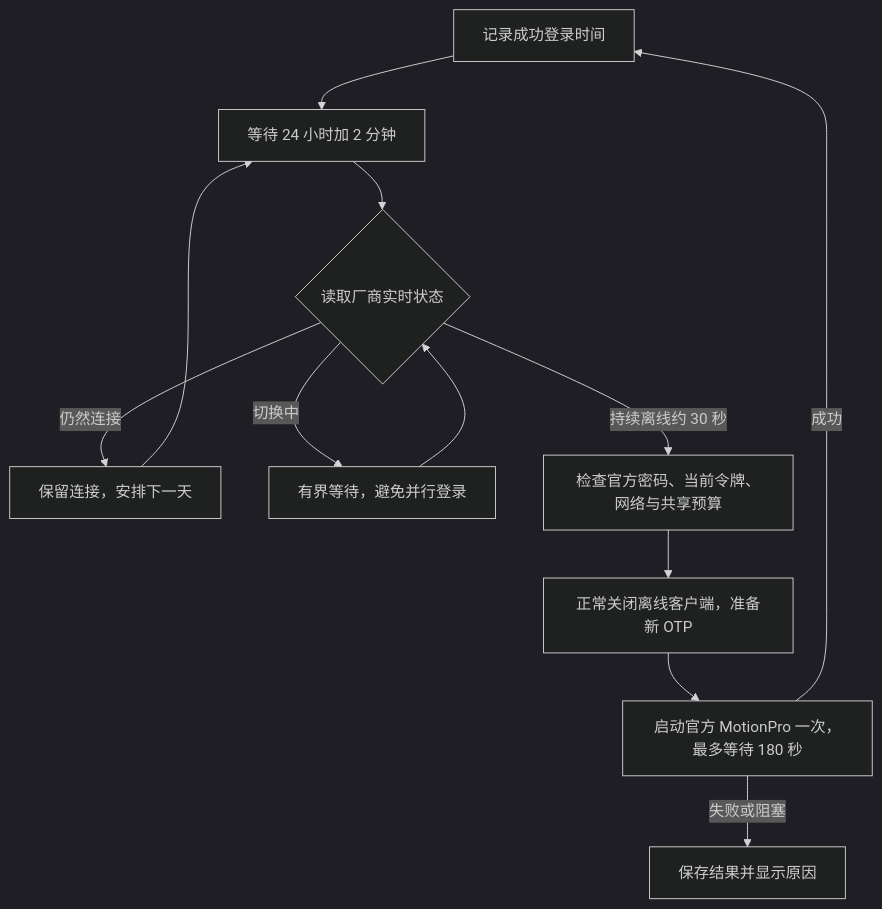
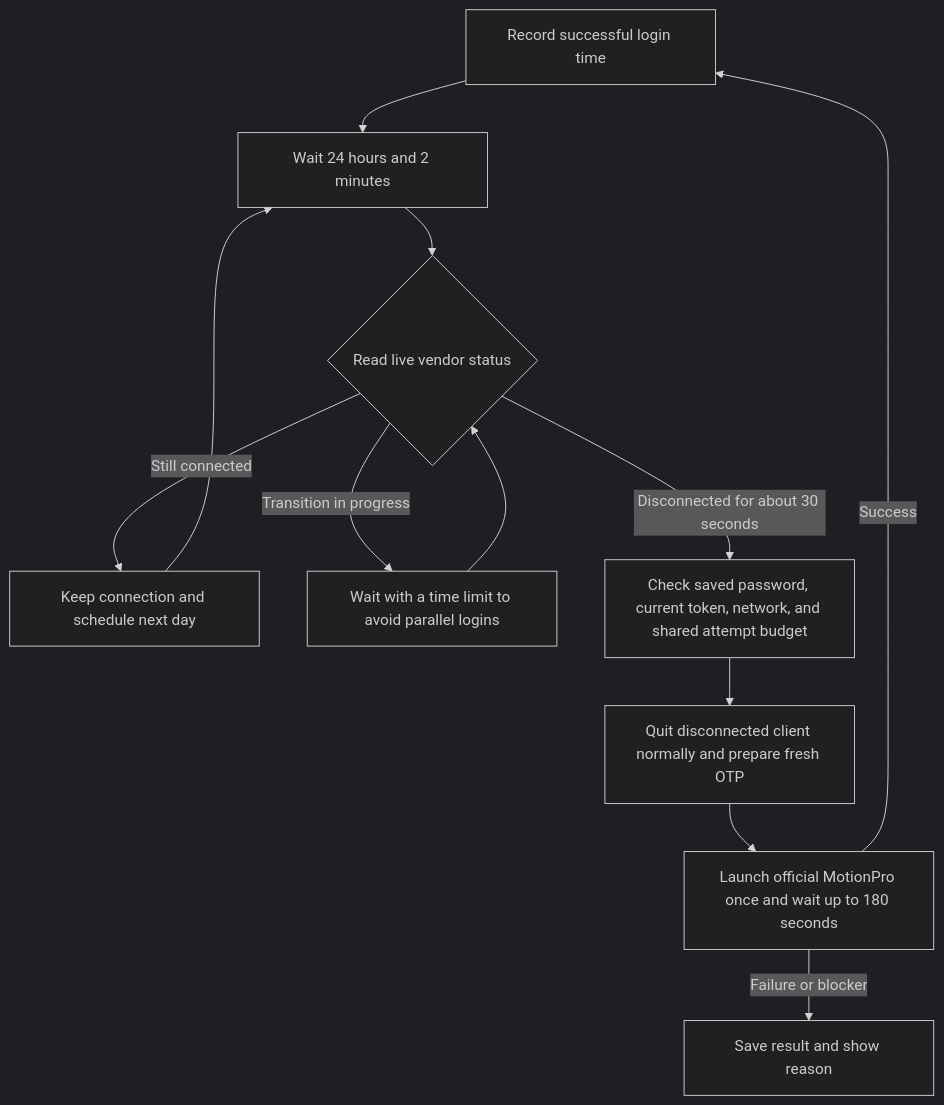
The diagram in README.md (Iranb/motionpro-guard-open-source), drawn with Mermaid (dark theme) before and after one commit. The commit also changed other lines of this file, not shown here.

Commit message:
Document MotionPro Guard in English

````diff
--- a/README.md
+++ b/README.md
@@ -13,14 +11,14 @@
 ```mermaid
 flowchart TD
-    A[记录成功登录时间] --> B[等待 24 小时加 2 分钟]
-    B --> C{读取厂商实时状态}
-    C -->|仍然连接| D[保留连接，安排下一天]
+    A[Record successful login time] --> B[Wait 24 hours and 2 minutes]
+    B --> C{Read live vendor status}
+    C -->|Still connected| D[Keep connection and schedule next day]
     D --> B
-    C -->|切换中| E[有界等待，避免并行登录]
+    C -->|Transition in progress| E[Wait with a time limit to avoid parallel logins]
     E --> C
-    C -->|持续离线约 30 秒| F[检查官方密码、当前令牌、网络与共享预算]
-    F --> G[正常关闭离线客户端，准备新 OTP]
-    G --> H[启动官方 MotionPro 一次，最多等待 180 秒]
-    H -->|成功| A
-    H -->|失败或阻塞| I[保存结果并显示原因]
+    C -->|Disconnected for about 30 seconds| F[Check saved password, current token, network, and shared attempt budget]
+    F --> G[Quit disconnected client normally and prepare fresh OTP]
+    G --> H[Launch official MotionPro once and wait up to 180 seconds]
+    H -->|Success| A
+    H -->|Failure or blocker| I[Save result and show reason]
 ```
````
